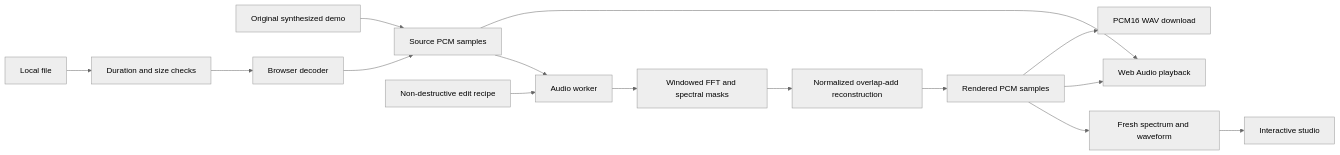
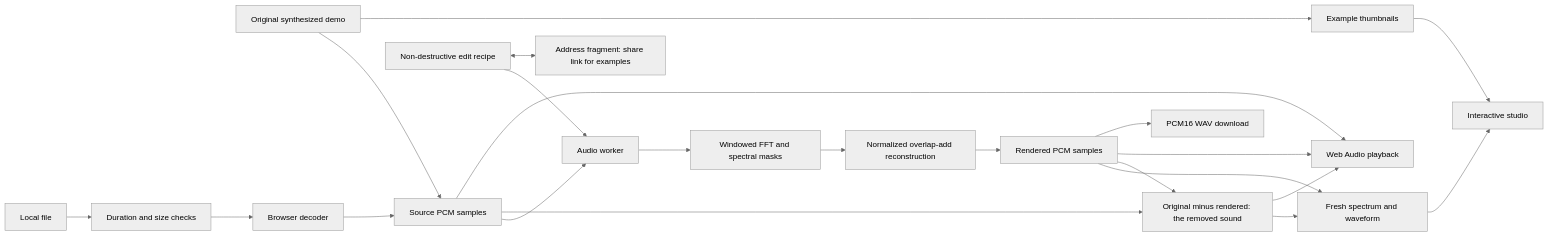
Before and after one commit to relaywright/overtone: the diagram in docs/architecture.md, drawn with Mermaid (neutral theme). The commit also changed other lines of this file and 28 other files, not shown here.

First line of the commit message:
feat: hear what was removed, share example edits by link, real thumbnails

````diff
--- a/docs/architecture.md
+++ b/docs/architecture.md
@@ -5,17 +5,24 @@
 ```mermaid
 flowchart LR
   D[Original synthesized demo] --> S[Source PCM samples]
   F[Local file] --> M[Duration and size checks]
   M --> B[Browser decoder]
   B --> S
   S --> W[Audio worker]
   E[Non-destructive edit recipe] --> W
   W --> FFT[Windowed FFT and spectral masks]
   FFT --> O[Normalized overlap-add reconstruction]
   O --> R[Rendered PCM samples]
   R --> A[Fresh spectrum and waveform]
+  S --> DIFF[Original minus rendered: the removed sound]
+  R --> DIFF
+  DIFF --> A
   R --> P[Web Audio playback]
   S --> P
+  DIFF --> P
   R --> X[PCM16 WAV download]
   A --> UI[Interactive studio]
+  E <--> H[Address fragment: share link for examples]
+  D --> T[Example thumbnails]
+  T --> UI
 ```
````
